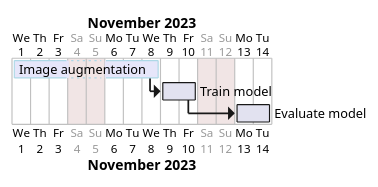
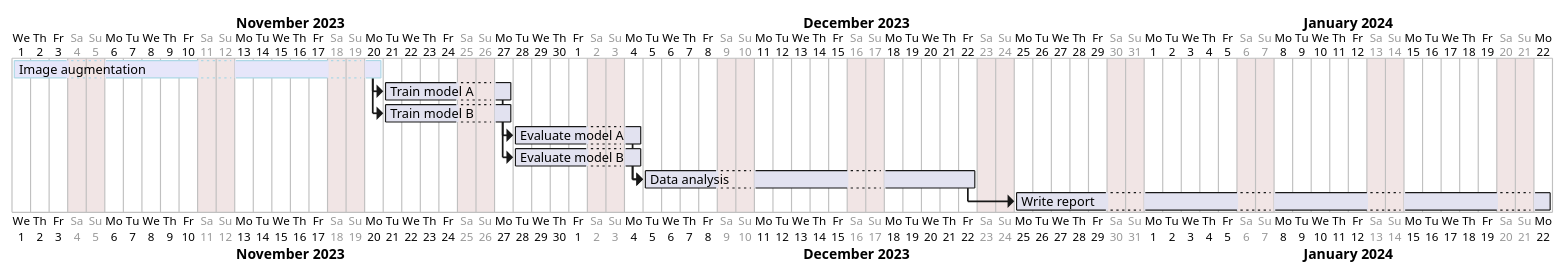
One commit to avhou/rmai changed the diagram in proposal/proposal-timing.puml. Above: the diagram before and after it, drawn with PlantUML. The commit also changed 2 other files, not shown here.

```diff
--- a/proposal/proposal-timing.puml
+++ b/proposal/proposal-timing.puml
@@ -1,13 +1,22 @@
 @startgantt
-[Image augmentation] lasts 6 days
-[Train model] lasts 2 days
-[Evaluate model] lasts 2 days
+[Image augmentation] lasts 14 days
+[Train model A] lasts 5 days
+[Train model B] lasts 5 days
+[Evaluate model A] lasts 5 days
+[Evaluate model B] lasts 5 days
+[Data analysis] lasts 14 days
+[Write report] lasts 21 days
 Project starts 2023-11-01
 saturday are closed
 sunday are closed
 
 [Image augmentation] starts 2023-11-01
 [Image augmentation] is colored in Lavender/LightBlue
-[Train model] starts at [Image augmentation]'s end
-[Evaluate model] starts at [Train model]'s end
+[Train model A] starts at [Image augmentation]'s end
+[Evaluate model A] starts at [Train model A]'s end
+[Train model B] starts at [Image augmentation]'s end
+[Evaluate model B] starts at [Train model B]'s end
+[Data analysis] starts at [Evaluate model A]'s end
+[Data analysis] starts at [Evaluate model B]'s end
+[Write report] starts at [Data analysis]'s end
 @endgantt
```
